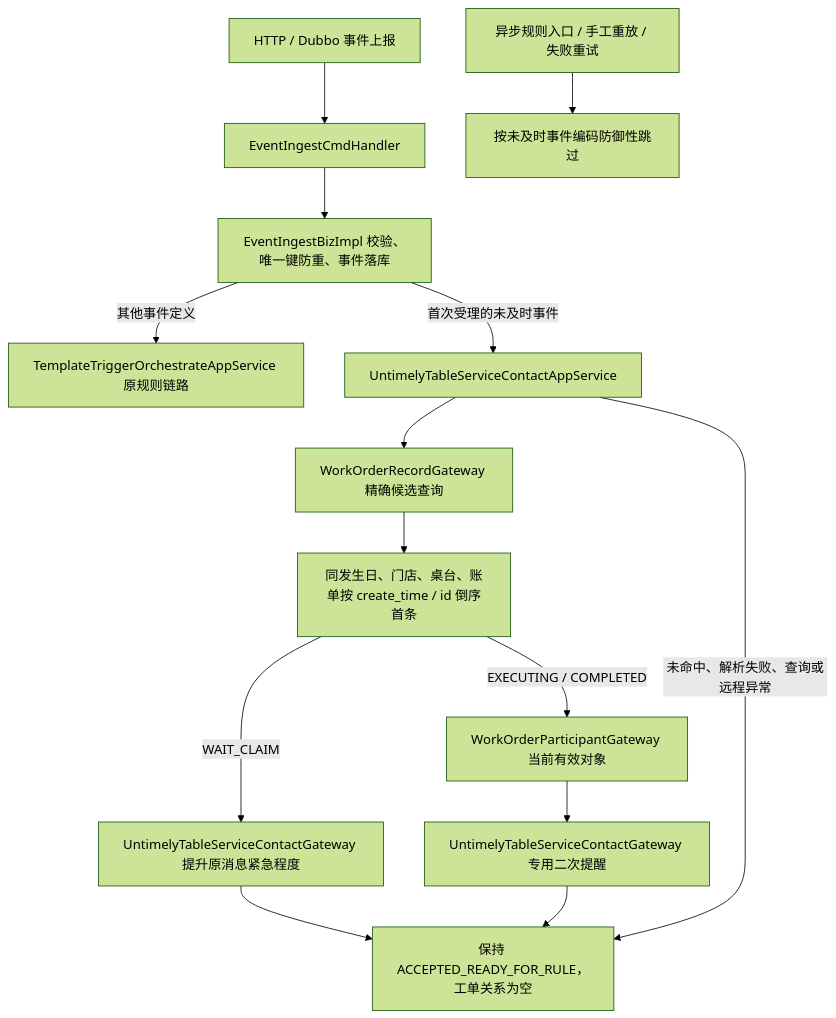
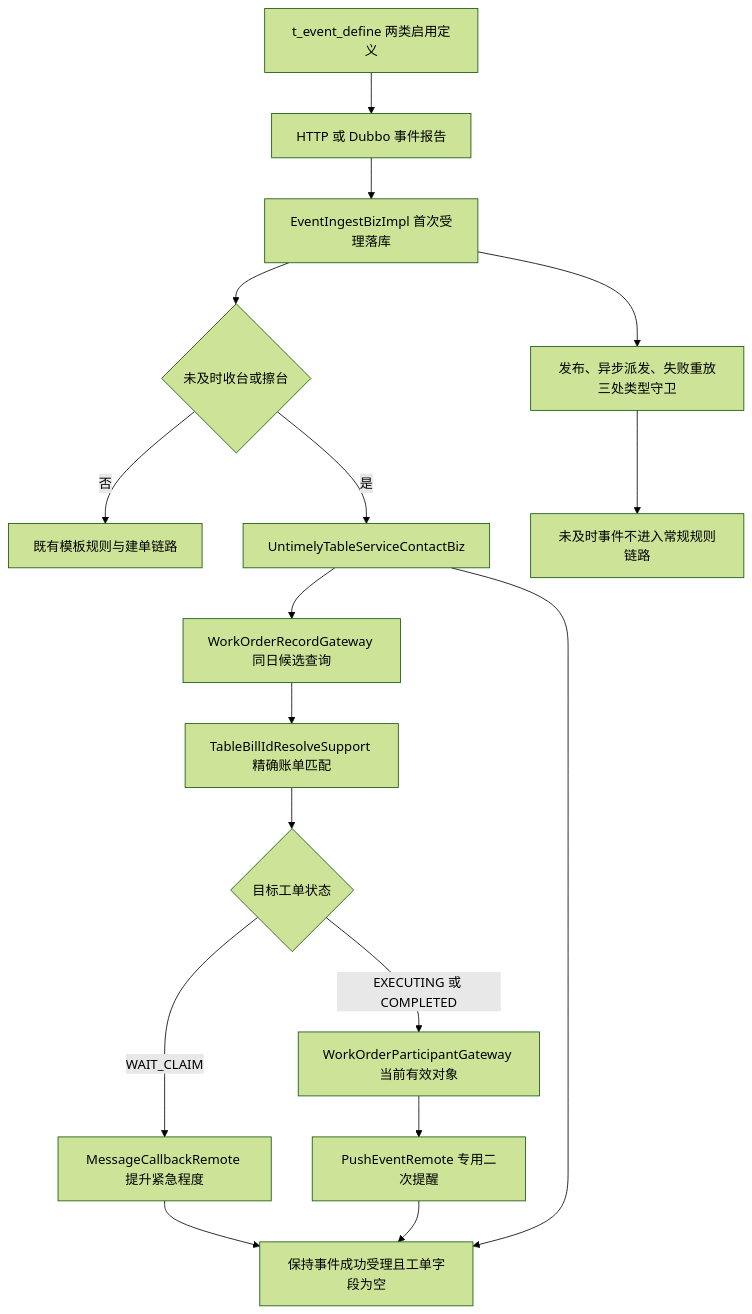
The diagram in untimely-table-service-event-follow-up/plan.md (jerrywalker0435/pretty-ai-harness), drawn with Mermaid (forest theme) before and after one commit. The commit also changed other lines of this file and 14 other files, not shown here.

````diff
--- a/untimely-table-service-event-follow-up/plan.md
+++ b/untimely-table-service-event-follow-up/plan.md
@@ -5,16 +5,19 @@
 ```mermaid
 flowchart TD
-  A["HTTP / Dubbo 事件上报"] --> B["EventIngestCmdHandler"]
-  B --> C["EventIngestBizImpl 校验、唯一键防重、事件落库"]
-  C -->|"其他事件定义"| D["TemplateTriggerOrchestrateAppService 原规则链路"]
-  C -->|"首次受理的未及时事件"| E["UntimelyTableServiceContactAppService"]
-  E --> F["WorkOrderRecordGateway 精确候选查询"]
-  F --> G["同发生日、门店、桌台、账单按 create_time / id 倒序首条"]
-  G -->|"WAIT_CLAIM"| H["UntimelyTableServiceContactGateway 提升原消息紧急程度"]
-  G -->|"EXECUTING / COMPLETED"| I["WorkOrderParticipantGateway 当前有效对象"]
-  I --> J["UntimelyTableServiceContactGateway 专用二次提醒"]
-  H --> K["保持 ACCEPTED_READY_FOR_RULE，工单关系为空"]
-  J --> K
-  E -->|"未命中、解析失败、查询或远程异常"| K
-  L["异步规则入口 / 手工重放 / 失败重试"] --> M["按未及时事件编码防御性跳过"]
+  Q["t_event_define 两类启用定义"] --> A["HTTP 或 Dubbo 事件报告"]
+  A --> B["EventIngestBizImpl 首次受理落库"]
+  B --> C{"未及时收台或擦台"}
+  C -->|否| D["既有模板规则与建单链路"]
+  C -->|是| E["UntimelyTableServiceContactBiz"]
+  E --> F["WorkOrderRecordGateway 同日候选查询"]
+  F --> G["TableBillIdResolveSupport 精确账单匹配"]
+  G --> H{"目标工单状态"}
+  H -->|WAIT_CLAIM| I["MessageCallbackRemote 提升紧急程度"]
+  H -->|EXECUTING 或 COMPLETED| J["WorkOrderParticipantGateway 当前有效对象"]
+  J --> K["PushEventRemote 专用二次提醒"]
+  I --> L["保持事件成功受理且工单字段为空"]
+  K --> L
+  E --> L
+  B --> M["发布、异步派发、失败重放三处类型守卫"]
+  M --> N["未及时事件不进入常规规则链路"]
 ```
````
